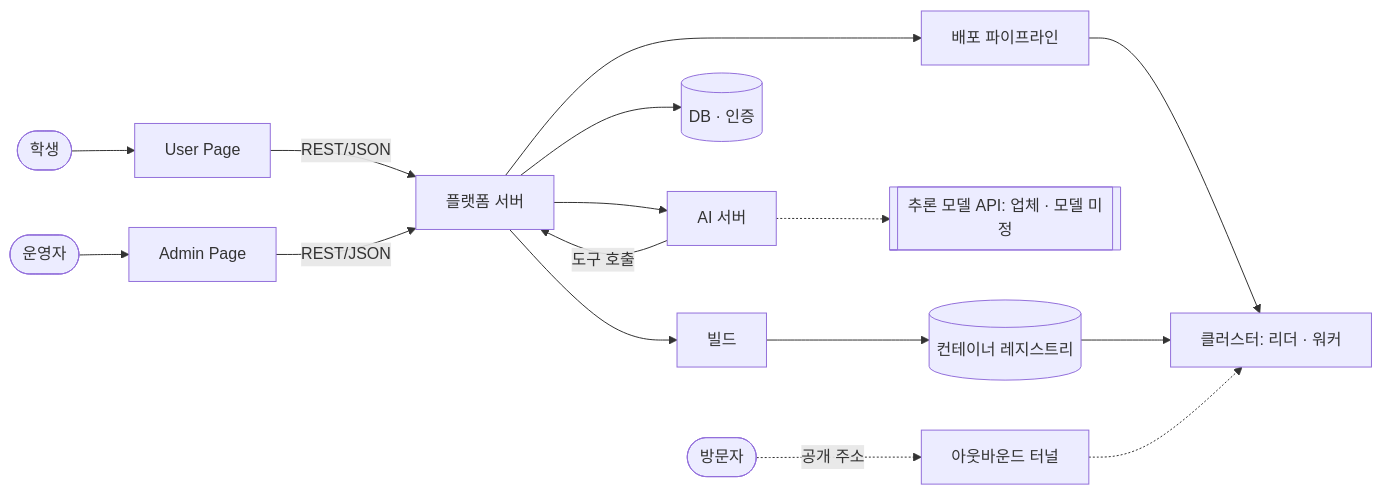
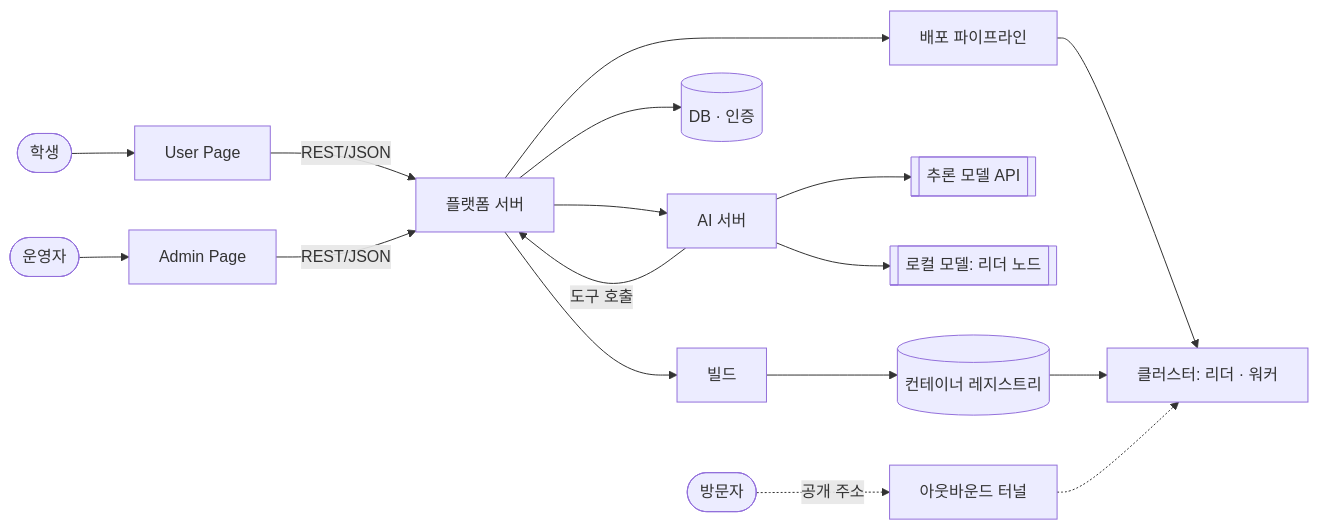
The diagram in docs/SRS.md (woowangthon/WOOWANGTHON_TEAM_18), drawn with Mermaid before and after one commit. The commit also changed other lines of this file and 30 other files, not shown here.

````diff
--- a/docs/SRS.md
+++ b/docs/SRS.md
@@ -113,18 +113,19 @@
 ```mermaid
 flowchart LR
   student([학생]) --> up[User Page]
   operator([운영자]) --> ap[Admin Page]
   visitor([방문자]) -.->|공개 주소| tunnel[아웃바운드 터널]
   up -->|REST/JSON| be[플랫폼 서버]
   ap -->|REST/JSON| be
   be --> db[(DB · 인증)]
   be --> ai[AI 서버]
-  ai -.-> llm[[추론 모델 API: 업체 · 모델 미정]]
+  ai --> llm[[추론 모델 API]]
+  ai --> slm[[로컬 모델: 리더 노드]]
   ai -->|도구 호출| be
   be --> build[빌드]
   build --> reg[(컨테이너 레지스트리)]
   be --> pipe[배포 파이프라인]
   pipe --> cluster[클러스터: 리더 · 워커]
   reg --> cluster
   tunnel -.-> cluster
 ```
````
